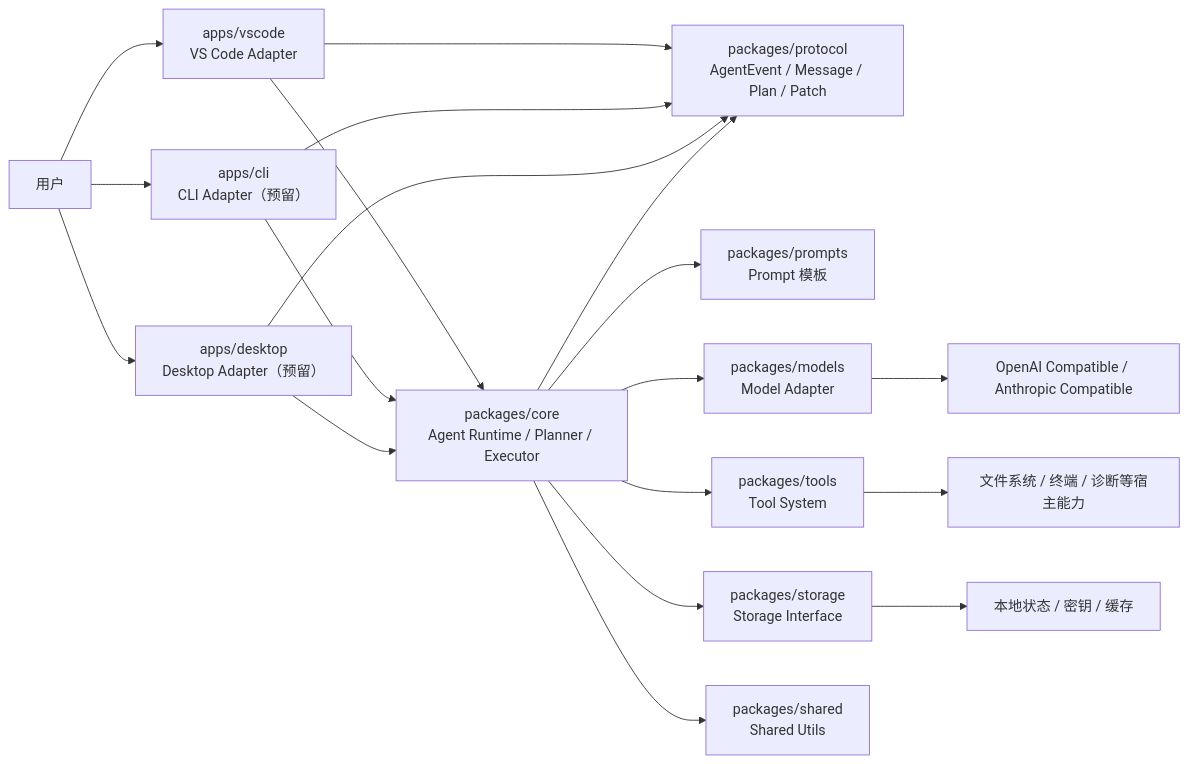
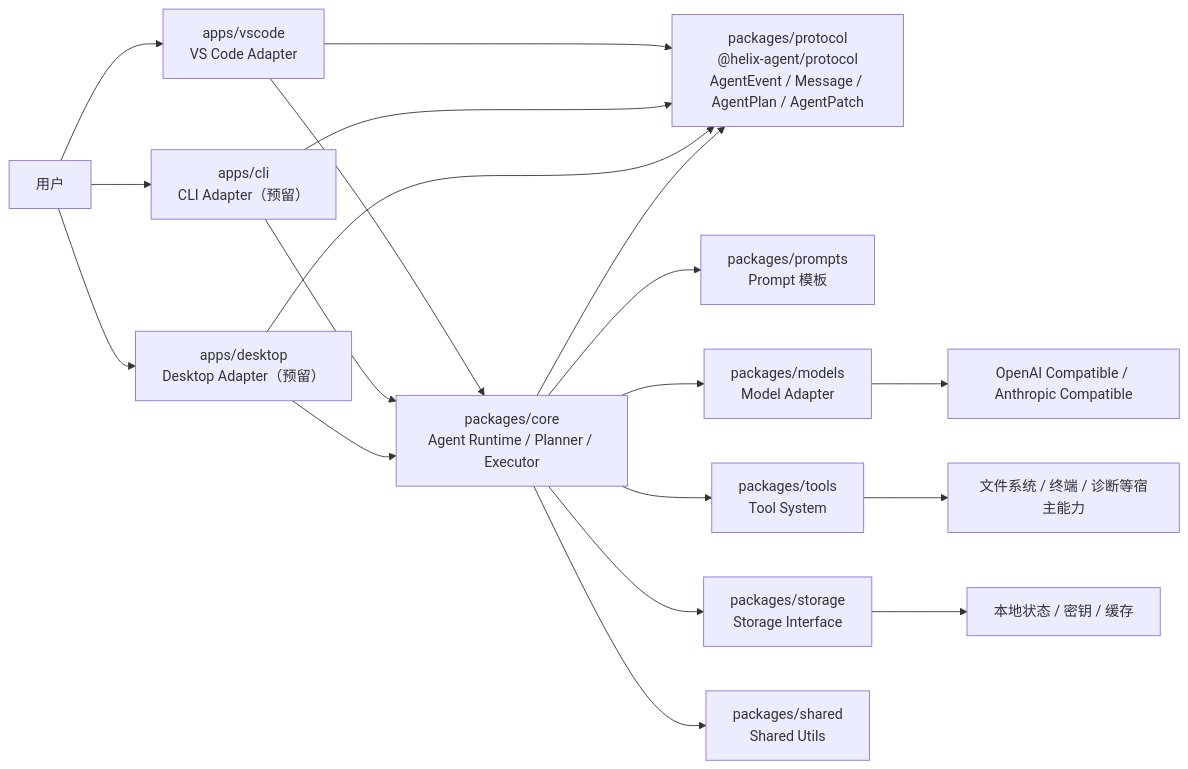
One commit to liangzai927/Helix changed the diagram in docs/02-系统架构.md. Above: the diagram before and after it, drawn with Mermaid. The commit also changed other lines of this file, not shown here.

Commit message:
docs: align architecture naming with protocol

````diff
--- a/docs/02-系统架构.md
+++ b/docs/02-系统架构.md
@@ -42,25 +42,25 @@
 ```mermaid
 flowchart LR
     User["用户"] --> VscodeUI["apps/vscode<br/>VS Code Adapter"]
     User --> CliUI["apps/cli<br/>CLI Adapter（预留）"]
     User --> DesktopUI["apps/desktop<br/>Desktop Adapter（预留）"]
 
-    VscodeUI --> Protocol["packages/protocol<br/>AgentEvent / Message / Plan / Patch"]
+    VscodeUI --> Protocol["packages/protocol<br/>@helix-agent/protocol<br/>AgentEvent / Message / AgentPlan / AgentPatch"]
     CliUI --> Protocol
     DesktopUI --> Protocol
 
     VscodeUI --> Core["packages/core<br/>Agent Runtime / Planner / Executor"]
     CliUI --> Core
     DesktopUI --> Core
 
     Core --> Prompts["packages/prompts<br/>Prompt 模板"]
     Core --> Models["packages/models<br/>Model Adapter"]
     Core --> Tools["packages/tools<br/>Tool System"]
     Core --> Storage["packages/storage<br/>Storage Interface"]
     Core --> Shared["packages/shared<br/>Shared Utils"]
     Core --> Protocol
 
     Tools --> FsHost["文件系统 / 终端 / 诊断等宿主能力"]
     Models --> ModelProvider["OpenAI Compatible / Anthropic Compatible"]
     Storage --> LocalState["本地状态 / 密钥 / 缓存"]
 ```
````
